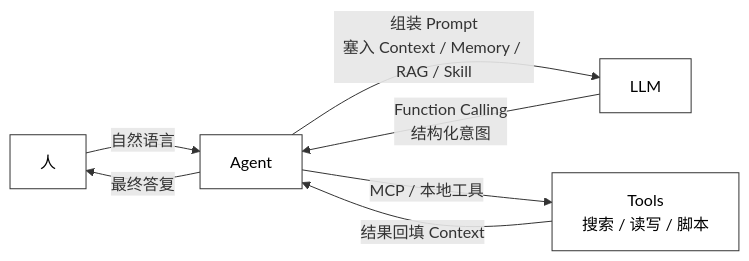
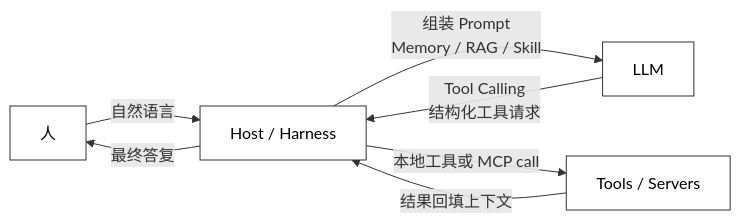
The fourth of 5 diagrams in _posts/2026-08-01-Agent基本概念梳理.md (KwanWaiPang/KwanWaiPang.github.io), drawn with Mermaid before and after one commit. The commit also changed other lines of this file, not shown here.

First line of the commit message:
核校并修正 Agent 概念博文中的术语定义

```diff
--- a/_posts/2026-08-01-Agent基本概念梳理.md
+++ b/_posts/2026-08-01-Agent基本概念梳理.md
@@ -237,11 +248,11 @@
 <div class="mermaid" style="display: flex; justify-content: center; width: 90%; margin: 0 auto;">
 flowchart LR
     classDef default fill:#fff,stroke:#333,stroke-width:1px,color:#000;
 
-    U["人"] -->|"自然语言"| A["Agent"]
-    A -->|"组装 Prompt<br/>塞入 Context / Memory / RAG / Skill"| L["LLM"]
-    L -->|"Function Calling<br/>结构化意图"| A
-    A -->|"MCP / 本地工具"| T["Tools<br/>搜索 / 读写 / 脚本"]
-    T -->|"结果回填 Context"| A
-    A -->|"最终答复"| U
+    U["人"] -->|"自然语言"| H["Host / Harness"]
+    H -->|"组装 Prompt<br/>Memory / RAG / Skill"| L["LLM"]
+    L -->|"Tool Calling<br/>结构化工具请求"| H
+    H -->|"本地工具或 MCP call"| T["Tools / Servers"]
+    T -->|"结果回填上下文"| H
+    H -->|"最终答复"| U
 </div>
```
